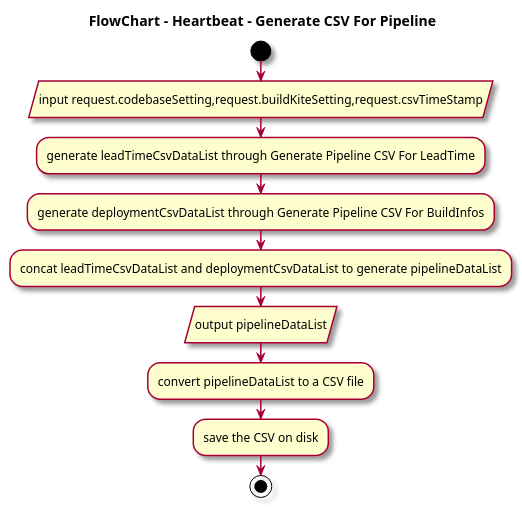
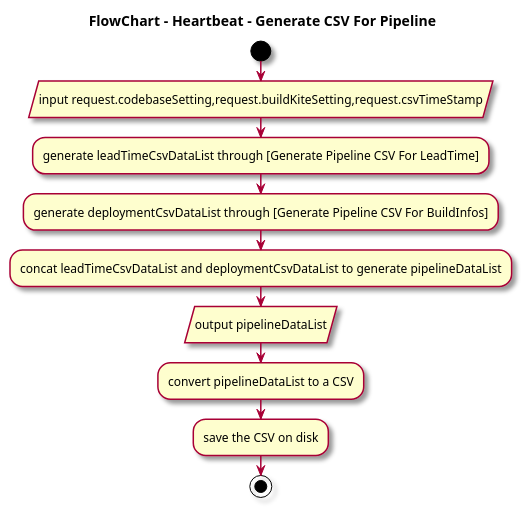
One commit to au-heartbeat/Heartbeat changed the ninth of 9 diagrams in docs/src/pages/en/dev-center/flow-diagrams.md. Above: the diagram before and after it, drawn with PlantUML. The commit also changed other lines of this file and 2 other files, not shown here.

Commit message:
ADM-448 update flow diagram and export csv

````diff
--- a/docs/src/pages/en/dev-center/flow-diagrams.md
+++ b/docs/src/pages/en/dev-center/flow-diagrams.md
@@ -367,16 +369,16 @@
 ```plantuml
 @startuml Generate CSV For Pipeline
 skin rose
 skinparam defaultTextAlignment center
 title FlowChart - Heartbeat - Generate CSV For Pipeline
 start
 :input request.codebaseSetting,request.buildKiteSetting,request.csvTimeStamp/
-:generate leadTimeCsvDataList through Generate Pipeline CSV For LeadTime;
-:generate deploymentCsvDataList through Generate Pipeline CSV For BuildInfos;
+:generate leadTimeCsvDataList through [Generate Pipeline CSV For LeadTime];
+:generate deploymentCsvDataList through [Generate Pipeline CSV For BuildInfos];
 :concat leadTimeCsvDataList and deploymentCsvDataList to generate pipelineDataList;
 :output pipelineDataList/
-:convert pipelineDataList to a CSV file;
+:convert pipelineDataList to a CSV;
 :save the CSV on disk;
 stop
 @enduml
 ```
````
